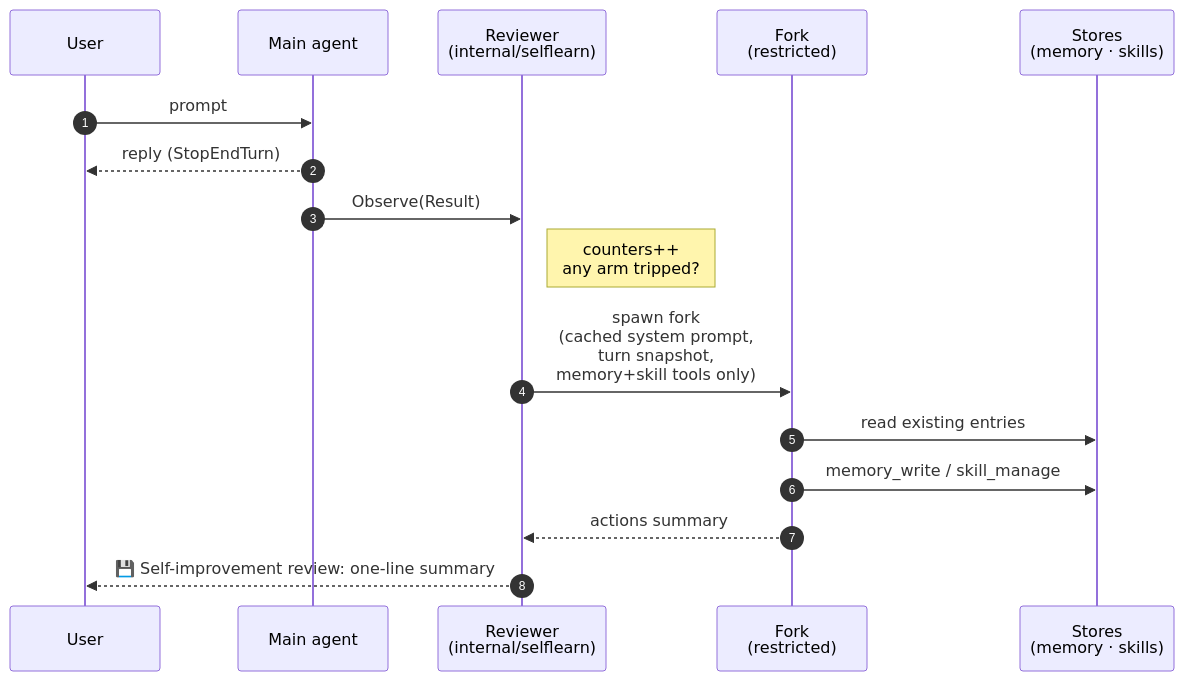
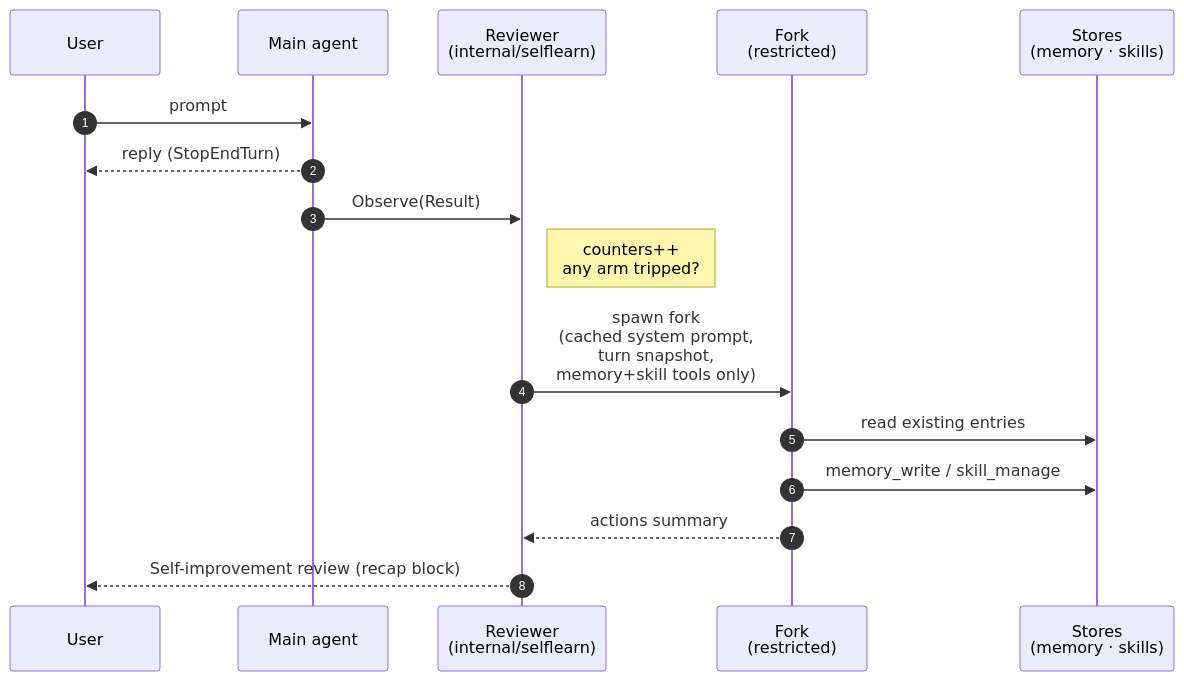
The first of 6 diagrams in notes/active/l1-background-review.md (genai-io/san), drawn with Mermaid before and after one commit. The commit also changed other lines of this file, not shown here.

````diff
--- a/notes/active/l1-background-review.md
+++ b/notes/active/l1-background-review.md
@@ -39,19 +41,19 @@
 ```mermaid
 sequenceDiagram
     autonumber
     participant U as User
     participant M as Main agent
     participant R as Reviewer<br/>(internal/selflearn)
     participant F as Fork<br/>(restricted)
     participant S as Stores<br/>(memory · skills)
 
     U->>M: prompt
     M-->>U: reply (StopEndTurn)
     M->>R: Observe(Result)
     Note right of R: counters++<br/>any arm tripped?
     R->>F: spawn fork<br/>(cached system prompt,<br/>turn snapshot,<br/>memory+skill tools only)
     F->>S: read existing entries
     F->>S: memory_write / skill_manage
     F-->>R: actions summary
-    R-->>U: 💾 Self-improvement review: one-line summary
+    R-->>U: Self-improvement review (recap block)
 ```
````
